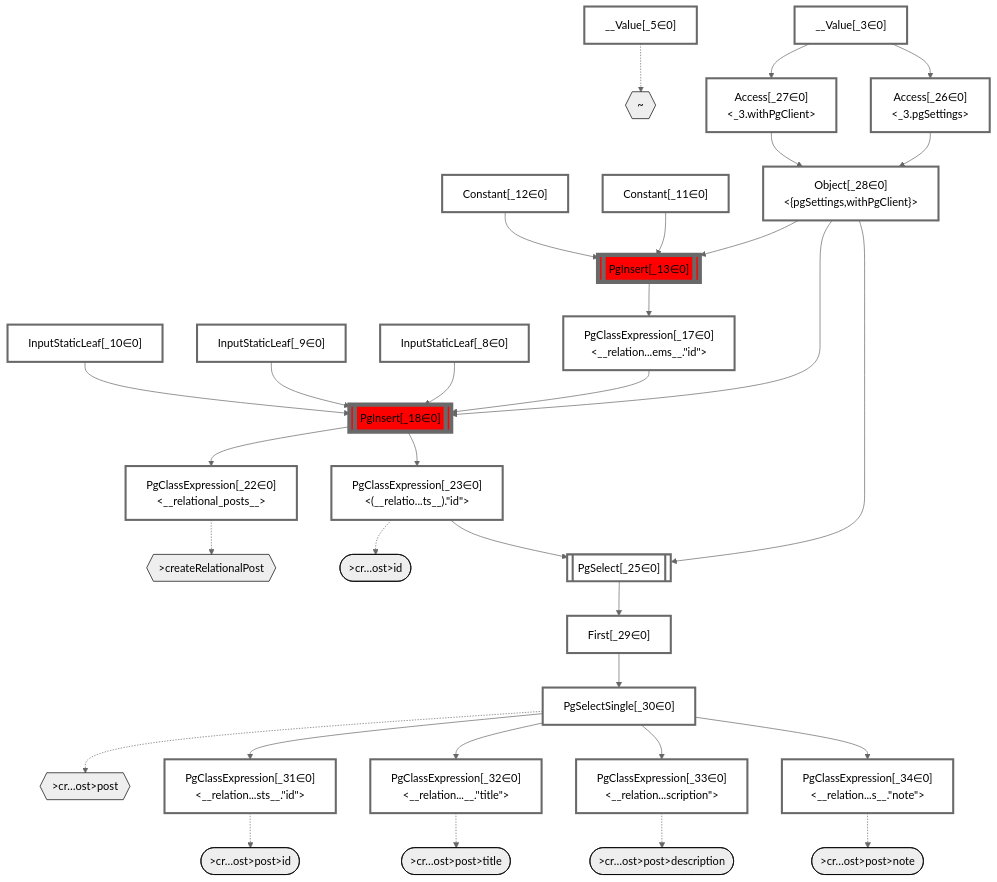
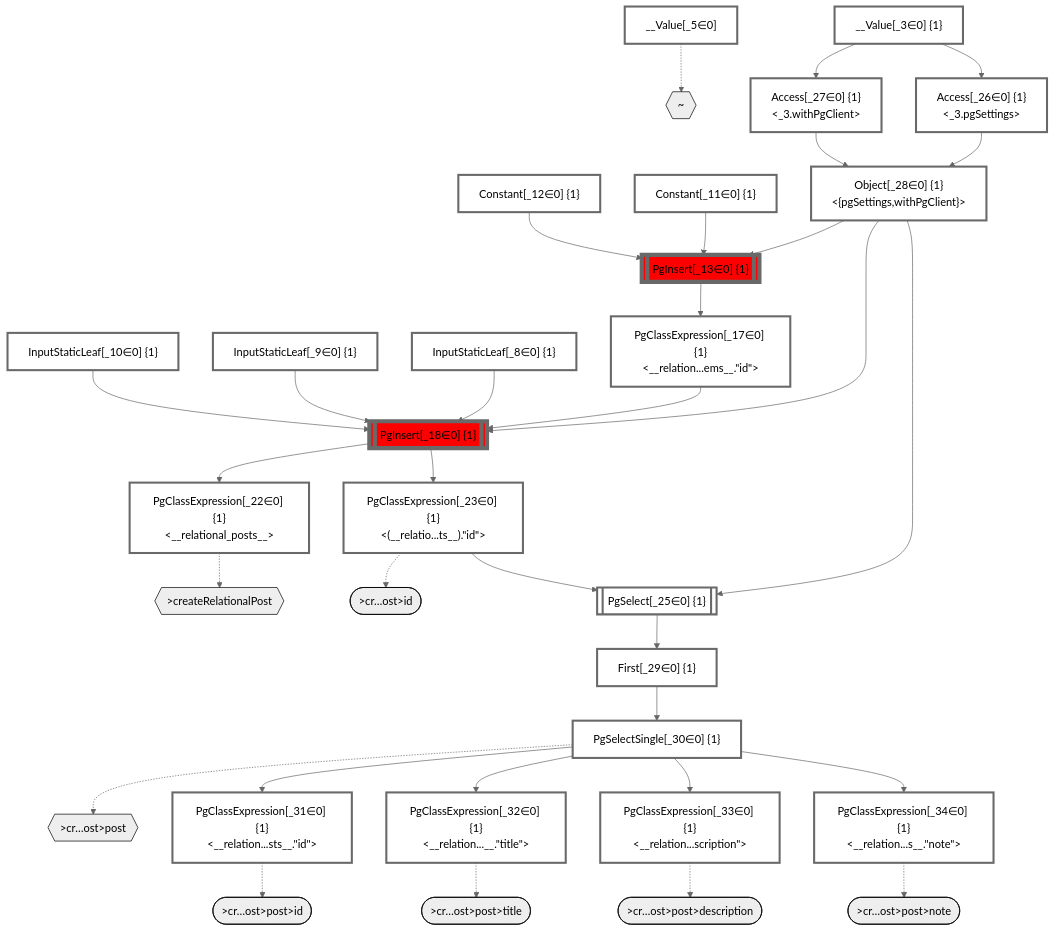
Before and after one commit to graphile/crystal: the diagram in packages/dataplan-pg/__tests__/mutations/basics/create-relational-post-null-description.mermaid.md, drawn with Mermaid (neutral theme). The commit also changed 46 other files, not shown here.

Commit message:
Add groupIds to plan graphs

```diff
--- a/packages/dataplan-pg/__tests__/mutations/basics/create-relational-post-null-description.mermaid.md
+++ b/packages/dataplan-pg/__tests__/mutations/basics/create-relational-post-null-description.mermaid.md
@@ -24,28 +24,28 @@
     %% end
 
     %% define plans
-    __Value_3["__Value[_3∈0]<br /><context>"]:::plan
+    __Value_3["__Value[_3∈0] {1}<br /><context>"]:::plan
     __Value_5["__Value[_5∈0]<br /><rootValue>"]:::plan
-    InputStaticLeaf_8["InputStaticLeaf[_8∈0]"]:::plan
-    InputStaticLeaf_9["InputStaticLeaf[_9∈0]"]:::plan
-    InputStaticLeaf_10["InputStaticLeaf[_10∈0]"]:::plan
-    Constant_11["Constant[_11∈0]"]:::plan
-    Constant_12["Constant[_12∈0]"]:::plan
-    PgInsert_13[["PgInsert[_13∈0]"]]:::sideeffectplan
-    PgClassExpression_17["PgClassExpression[_17∈0]<br /><__relation...ems__.#quot;id#quot;>"]:::plan
-    PgInsert_18[["PgInsert[_18∈0]"]]:::sideeffectplan
-    PgClassExpression_22["PgClassExpression[_22∈0]<br /><__relational_posts__>"]:::plan
-    PgClassExpression_23["PgClassExpression[_23∈0]<br /><(__relatio...ts__).#quot;id#quot;>"]:::plan
-    PgSelect_25[["PgSelect[_25∈0]<br /><relational_posts>"]]:::plan
-    Access_26["Access[_26∈0]<br /><_3.pgSettings>"]:::plan
-    Access_27["Access[_27∈0]<br /><_3.withPgClient>"]:::plan
-    Object_28["Object[_28∈0]<br /><{pgSettings,withPgClient}>"]:::plan
-    First_29["First[_29∈0]"]:::plan
-    PgSelectSingle_30["PgSelectSingle[_30∈0]<br /><relational_posts>"]:::plan
-    PgClassExpression_31["PgClassExpression[_31∈0]<br /><__relation...sts__.#quot;id#quot;>"]:::plan
-    PgClassExpression_32["PgClassExpression[_32∈0]<br /><__relation...__.#quot;title#quot;>"]:::plan
-    PgClassExpression_33["PgClassExpression[_33∈0]<br /><__relation...scription#quot;>"]:::plan
-    PgClassExpression_34["PgClassExpression[_34∈0]<br /><__relation...s__.#quot;note#quot;>"]:::plan
+    InputStaticLeaf_8["InputStaticLeaf[_8∈0] {1}"]:::plan
+    InputStaticLeaf_9["InputStaticLeaf[_9∈0] {1}"]:::plan
+    InputStaticLeaf_10["InputStaticLeaf[_10∈0] {1}"]:::plan
+    Constant_11["Constant[_11∈0] {1}"]:::plan
+    Constant_12["Constant[_12∈0] {1}"]:::plan
+    PgInsert_13[["PgInsert[_13∈0] {1}"]]:::sideeffectplan
+    PgClassExpression_17["PgClassExpression[_17∈0] {1}<br /><__relation...ems__.#quot;id#quot;>"]:::plan
+    PgInsert_18[["PgInsert[_18∈0] {1}"]]:::sideeffectplan
+    PgClassExpression_22["PgClassExpression[_22∈0] {1}<br /><__relational_posts__>"]:::plan
+    PgClassExpression_23["PgClassExpression[_23∈0] {1}<br /><(__relatio...ts__).#quot;id#quot;>"]:::plan
+    PgSelect_25[["PgSelect[_25∈0] {1}<br /><relational_posts>"]]:::plan
+    Access_26["Access[_26∈0] {1}<br /><_3.pgSettings>"]:::plan
+    Access_27["Access[_27∈0] {1}<br /><_3.withPgClient>"]:::plan
+    Object_28["Object[_28∈0] {1}<br /><{pgSettings,withPgClient}>"]:::plan
+    First_29["First[_29∈0] {1}"]:::plan
+    PgSelectSingle_30["PgSelectSingle[_30∈0] {1}<br /><relational_posts>"]:::plan
+    PgClassExpression_31["PgClassExpression[_31∈0] {1}<br /><__relation...sts__.#quot;id#quot;>"]:::plan
+    PgClassExpression_32["PgClassExpression[_32∈0] {1}<br /><__relation...__.#quot;title#quot;>"]:::plan
+    PgClassExpression_33["PgClassExpression[_33∈0] {1}<br /><__relation...scription#quot;>"]:::plan
+    PgClassExpression_34["PgClassExpression[_34∈0] {1}<br /><__relation...s__.#quot;note#quot;>"]:::plan
 
     %% plan dependencies
     Object_28 --> PgInsert_13
```
